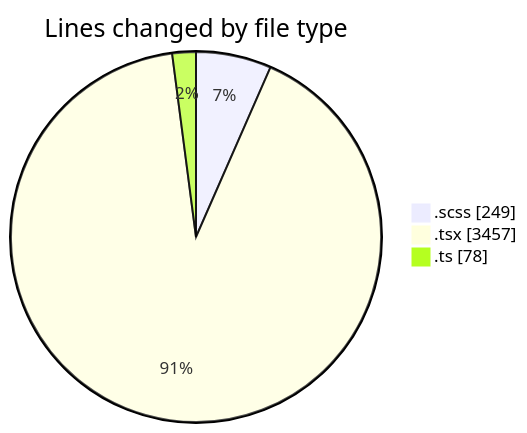
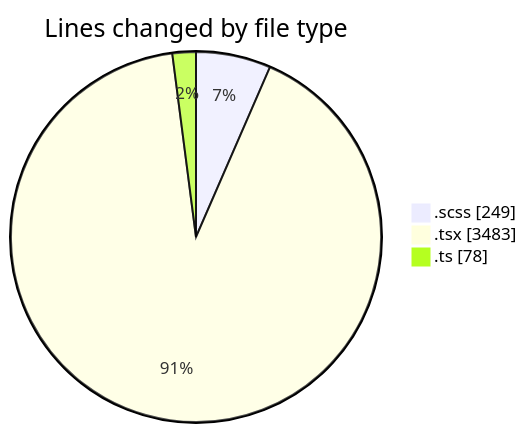
Before and after one commit to momahboobian/code-tracking: the first of 2 diagrams in 2025-09-26/cda/README.md, drawn with Mermaid. The commit also changed other lines of this file and 1 other file, not shown here.

````diff
--- a/2025-09-26/cda/README.md
+++ b/2025-09-26/cda/README.md
@@ -24,7 +24,7 @@
 ```mermaid
 pie showData
 title Lines changed by file type
 ".scss" : 249
-".tsx" : 3457
+".tsx" : 3483
 ".ts" : 78
 ```
````
